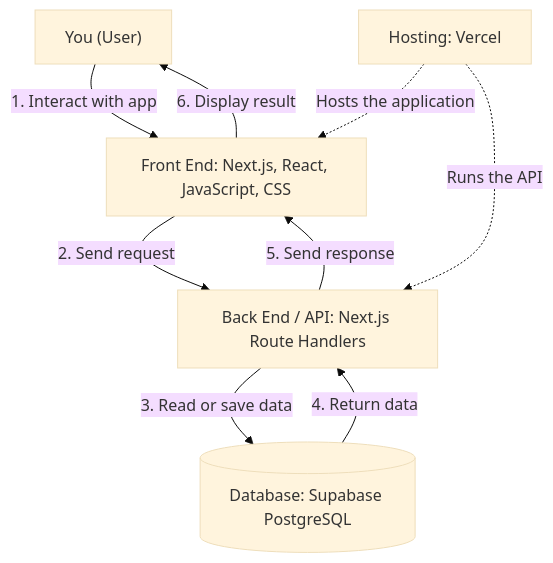
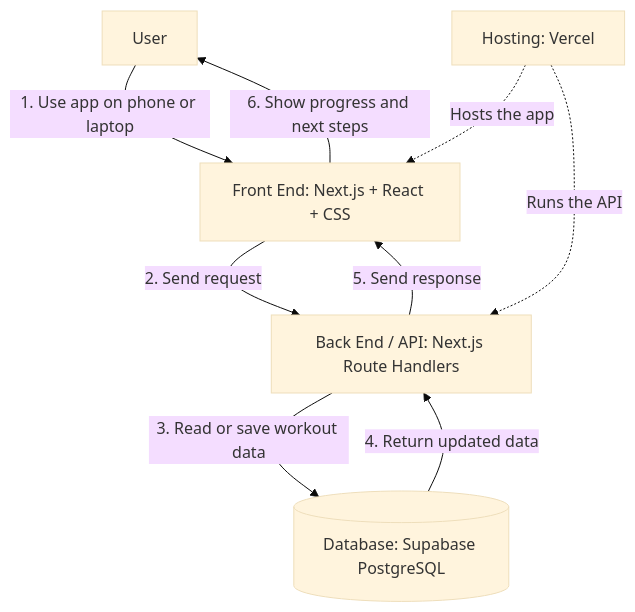
The diagram in README.md (MiguelFeliciano325/fitness-program-app), drawn with Mermaid (base theme) before and after one commit. The commit also changed other lines of this file and 1 other file, not shown here.

Commit message:
improved the tech stack

````diff
--- a/README.md
+++ b/README.md
@@ -133,18 +131,18 @@
 ```mermaid
 flowchart TD
-    U["You (User)"]
-    FE["Front End: Next.js, React, JavaScript, CSS"]
+    U["User"]
+    FE["Front End: Next.js + React + CSS"]
     API["Back End / API: Next.js Route Handlers"]
     DB[("Database: Supabase PostgreSQL")]
     V["Hosting: Vercel"]
 
-    U -->|"1. Interact with app"| FE
+    U -->|"1. Use app on phone or laptop"| FE
     FE -->|"2. Send request"| API
-    API -->|"3. Read or save data"| DB
-    DB -->|"4. Return data"| API
+    API -->|"3. Read or save workout data"| DB
+    DB -->|"4. Return updated data"| API
     API -->|"5. Send response"| FE
-    FE -->|"6. Display result"| U
+    FE -->|"6. Show progress and next steps"| U
 
-    V -.->|"Hosts the application"| FE
+    V -.->|"Hosts the app"| FE
     V -.->|"Runs the API"| API
 ```
````
